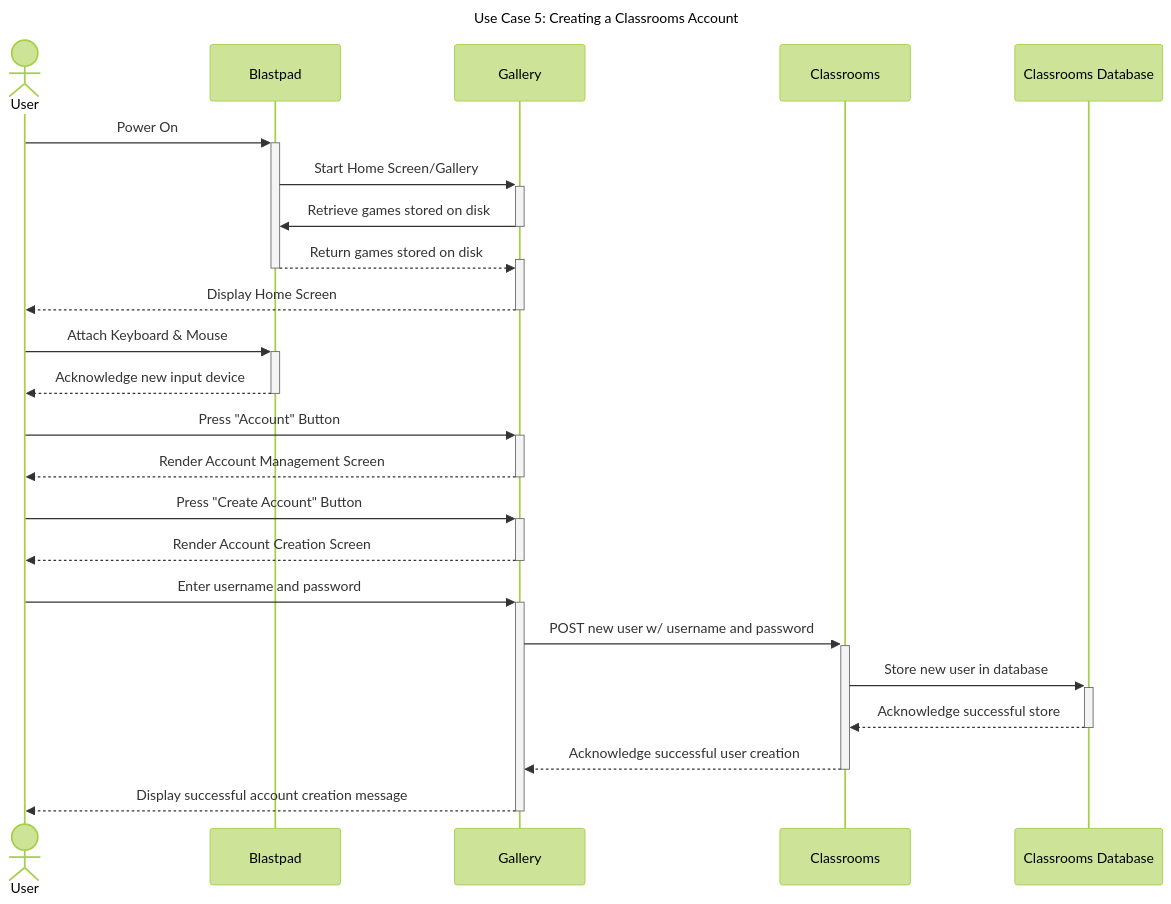
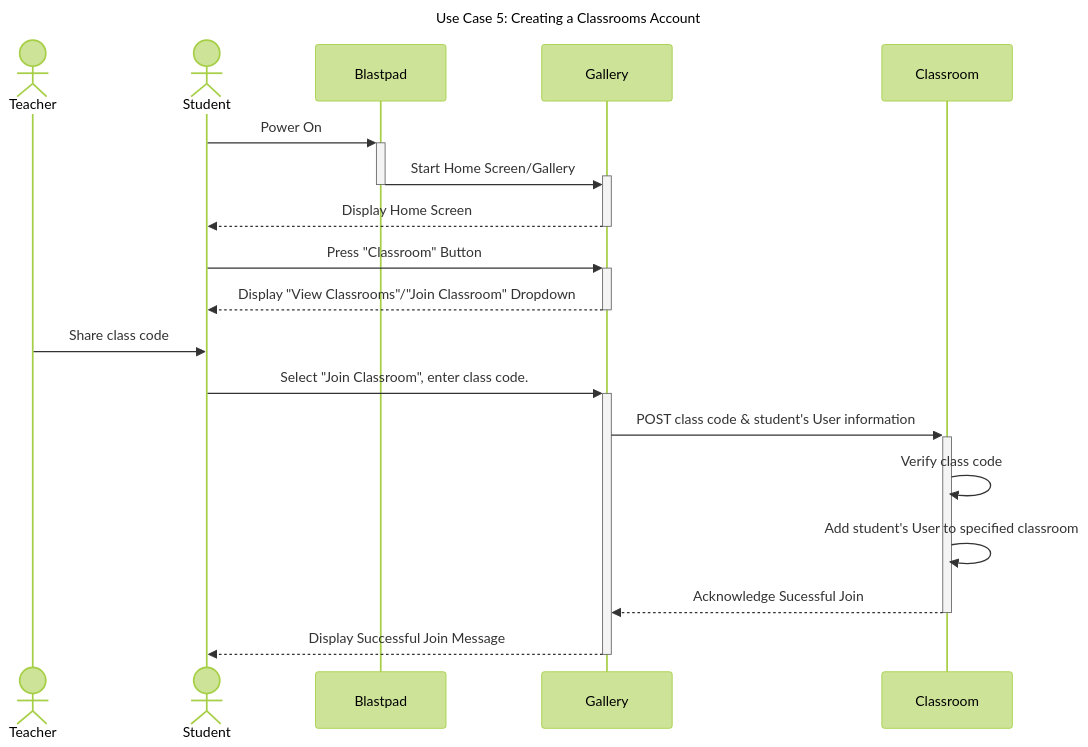
The fifth of 11 diagrams in documentation/docs/requirements/use-case-descriptions.md (Capstone-Projects-2024-Spring/project-blastpad), drawn with Mermaid (forest theme) before and after one commit. The commit also changed other lines of this file, not shown here.

````diff
--- a/documentation/docs/requirements/use-case-descriptions.md
+++ b/documentation/docs/requirements/use-case-descriptions.md
@@ -171,34 +174,24 @@
 ```mermaid
 ---
 title: "Use Case 5: Creating a Classrooms Account"
 ---
 
 sequenceDiagram
-	actor User
-	User->>+Blastpad: Power On
+	actor Teacher
+	actor Student
+	Student->>+Blastpad: Power On
 	Blastpad->>+Gallery: Start Home Screen/Gallery
-	Gallery->>-Blastpad: Retrieve games stored on disk
-	Blastpad-->>+Gallery: Return games stored on disk
 	deactivate Blastpad	
-	Gallery-->>-User: Display Home Screen
-	
-	User->>+Blastpad: Attach Keyboard & Mouse
-	Blastpad-->>-User: Acknowledge new input device
+	Gallery-->>-Student: Display Home Screen
 
 
-	User->>+Gallery: Press "Account" Button
-	Gallery-->>-User: Render Account Management Screen
-
-	User->>+Gallery: Press "Create Account" Button
-	Gallery-->>-User: Render Account Creation Screen
-
-
-	User->>+Gallery: Enter username and password
-	Gallery->>+Classrooms: POST new user w/ username and password
-	Classrooms->>+Classrooms Database: Store new user in database
-	Classrooms Database-->>- Classrooms: Acknowledge successful store
-	Classrooms-->>-Gallery: Acknowledge successful user creation
- 
-	Gallery-->>-User: Display successful account creation message
-
+	Student->>+Gallery: Press "Classroom" Button
+	Gallery-->>-Student: Display "View Classrooms"/"Join Classroom" Dropdown
+	Teacher->>Student: Share class code
+	Student->>+Gallery: Select "Join Classroom", enter class code.
+	Gallery->>+Classroom: POST class code & student's User information
+	Classroom->>Classroom: Verify class code
+	Classroom->>Classroom: Add student's User to specified classroom
+	Classroom-->>-Gallery: Acknowledge Sucessful Join
+	Gallery-->>-Student: Display Successful Join Message
 ```
````
